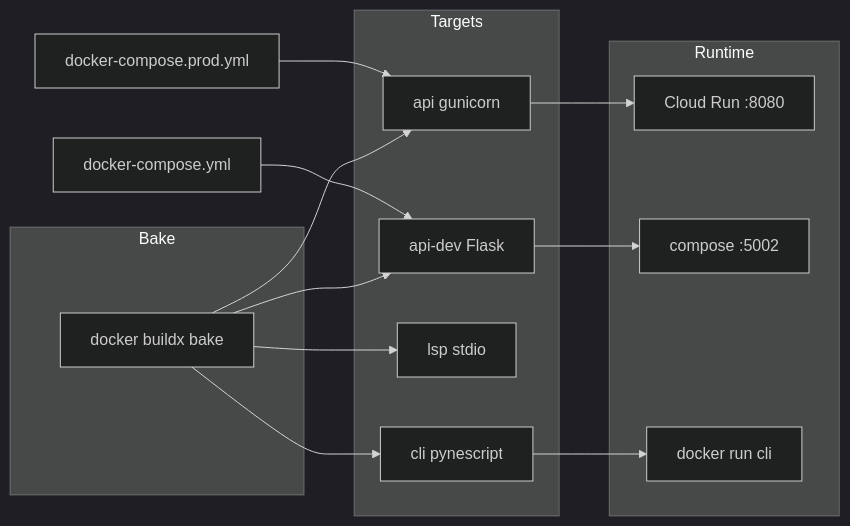
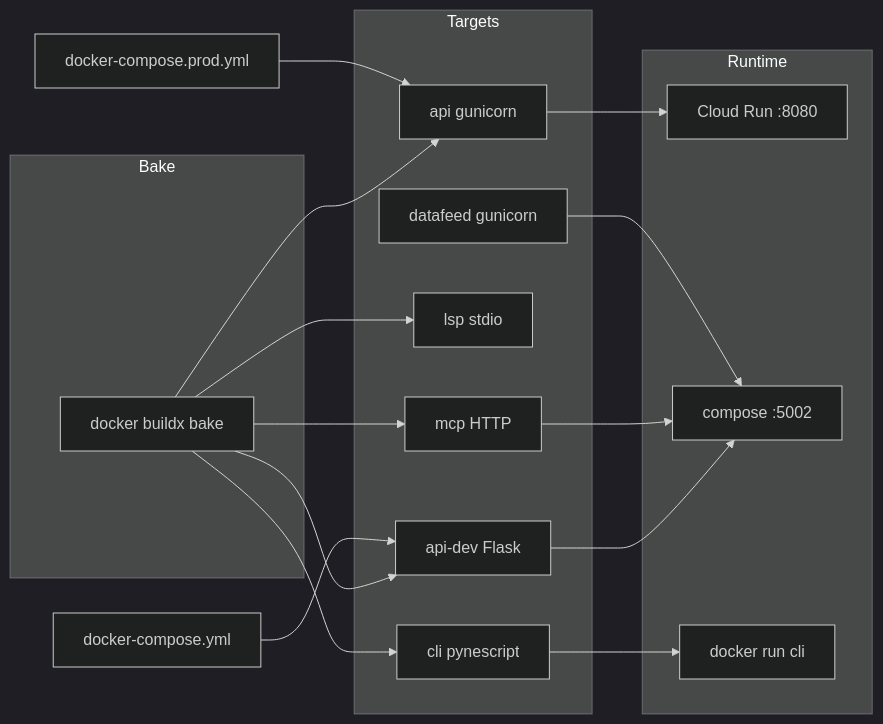
Before and after one commit to hoox-sh/pyne: the diagram in docs/pyne/devops/docker.mdx, drawn with Mermaid (dark theme). The commit also changed other lines of this file and 96 other files, not shown here.

First line of the commit message:
release: 0.6.31 — compose datafeed/mcp daemons, GHCR mcp image, VSIX 0.5.5

````diff
--- a/docs/pyne/devops/docker.mdx
+++ b/docs/pyne/devops/docker.mdx
@@ -32,26 +32,31 @@
 ```mermaid
 flowchart LR
   subgraph Bake
     B[docker buildx bake]
   end
   subgraph Targets
     T1[api gunicorn]
     T2[api-dev Flask]
     T3[lsp stdio]
     T4[cli pynescript]
+    T5[mcp HTTP]
+    T6[datafeed gunicorn]
   end
   subgraph Runtime
     CR[Cloud Run :8080]
     CMP[compose :5002]
     CLIRUN[docker run cli]
   end
   B --> T1
   B --> T2
   B --> T3
   B --> T4
+  B --> T5
   T1 --> CR
   T2 --> CMP
   T4 --> CLIRUN
+  T5 --> CMP
+  T6 --> CMP
   COMPOSE[docker-compose.yml] --> T2
   PROD[docker-compose.prod.yml] --> T1
 ```
````
